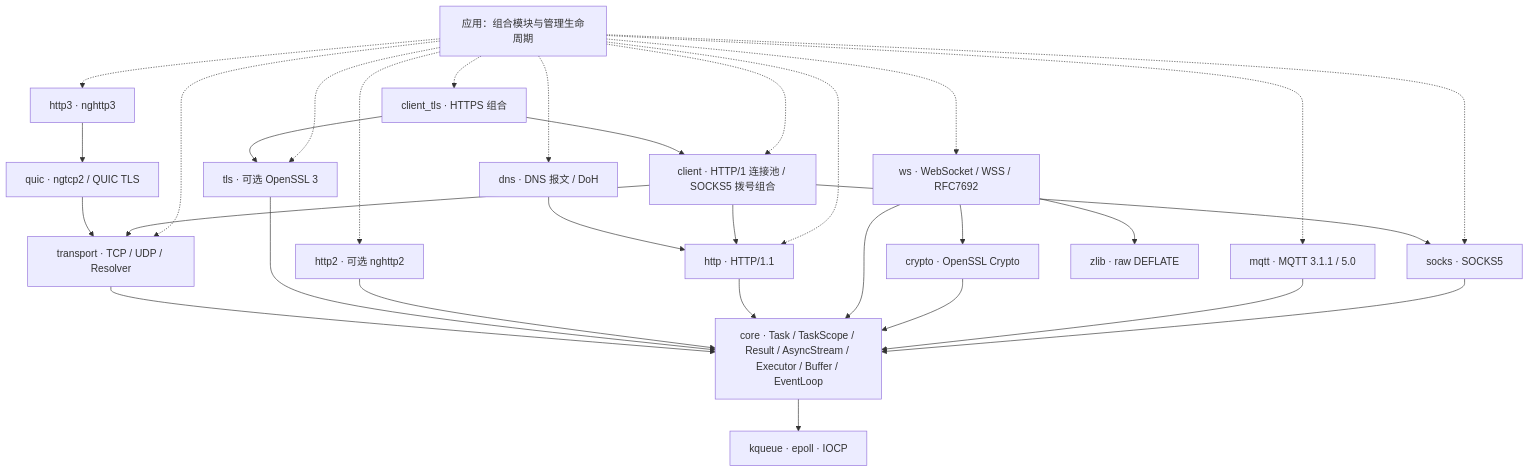
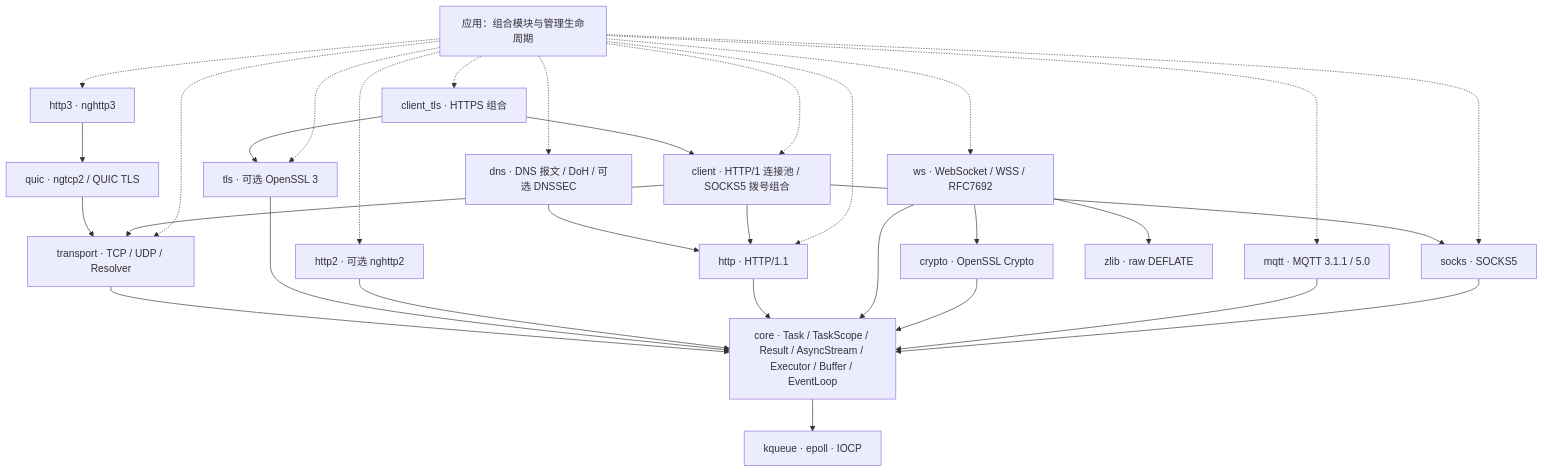
One commit to dqsjqian/Mira changed the diagram in README.md. Above: the diagram before and after it, drawn with Mermaid. The commit also changed other lines of this file and 1 other file, not shown here.

````diff
--- a/README.md
+++ b/README.md
@@ -81,34 +81,34 @@
 ```mermaid
 flowchart TB
     App[应用：组合模块与管理生命周期]
     App -.-> HTTP[http · HTTP/1.1]
     App -.-> TLS[tls · 可选 OpenSSL 3]
     App -.-> TCP[transport · TCP / UDP / Resolver]
     App -.-> H2[http2 · 可选 nghttp2]
     App -.-> H3[http3 · nghttp3]
     App -.-> WS[ws · WebSocket / WSS / RFC7692]
     App -.-> Client[client · HTTP/1 连接池 / SOCKS5 拨号组合]
     App -.-> ClientTLS[client_tls · HTTPS 组合]
     App -.-> SOCKS[socks · SOCKS5]
-    App -.-> DNS[dns · DNS 报文 / DoH]
+    App -.-> DNS[dns · DNS 报文 / DoH / 可选 DNSSEC]
     App -.-> MQTT[mqtt · MQTT 3.1.1 / 5.0]
     Client --> HTTP
     Client --> SOCKS
     Client --> TCP
     SOCKS --> Core
     DNS --> HTTP
     MQTT --> Core
     ClientTLS --> Client
     ClientTLS --> TLS
     WS --> Crypto[crypto · OpenSSL Crypto]
     WS --> Zlib[zlib · raw DEFLATE]
     Crypto --> Core
     WS --> Core
     HTTP --> Core[core · Task / TaskScope / Result / AsyncStream / Executor / Buffer / EventLoop]
     H2 --> Core
     H3 --> QUIC[quic · ngtcp2 / QUIC TLS]
     QUIC --> TCP
     TLS --> Core
     TCP --> Core
     Core --> Backends[kqueue · epoll · IOCP]
 ```
````
